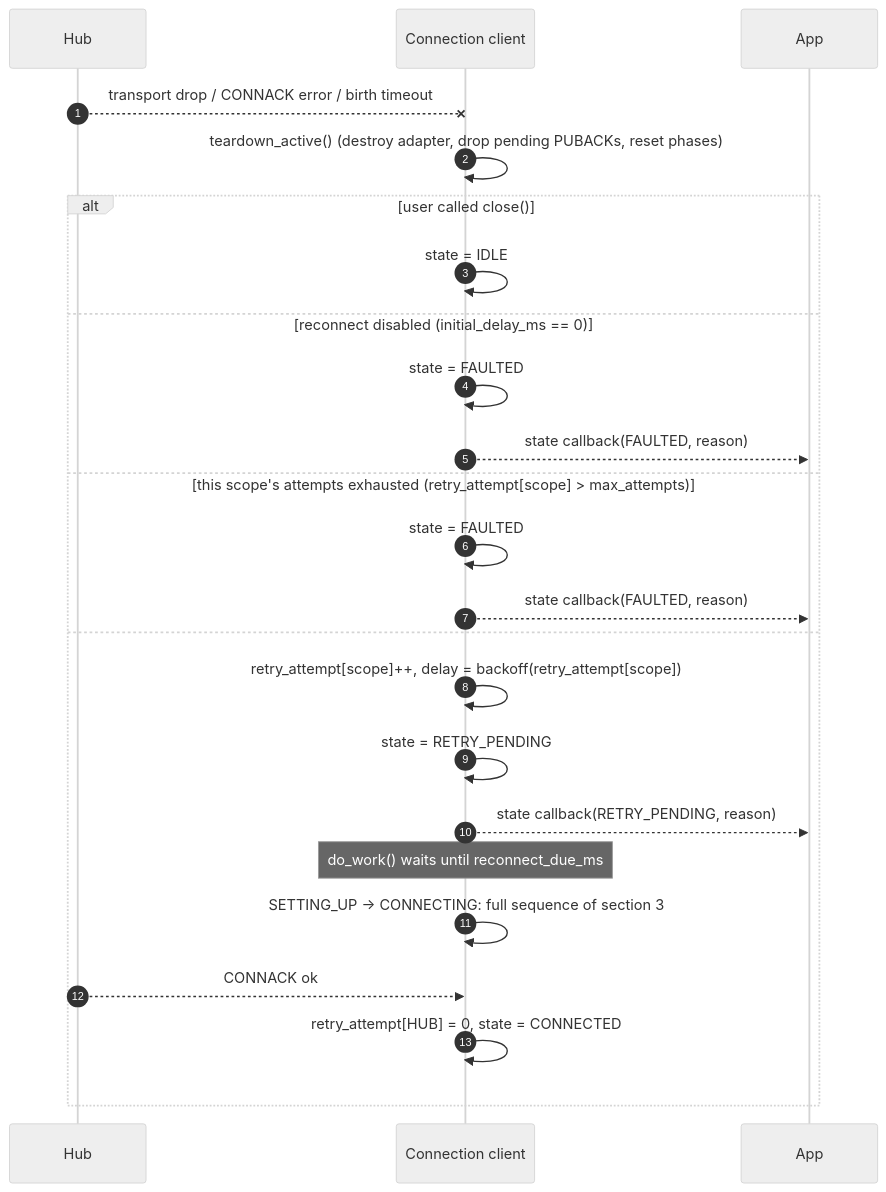
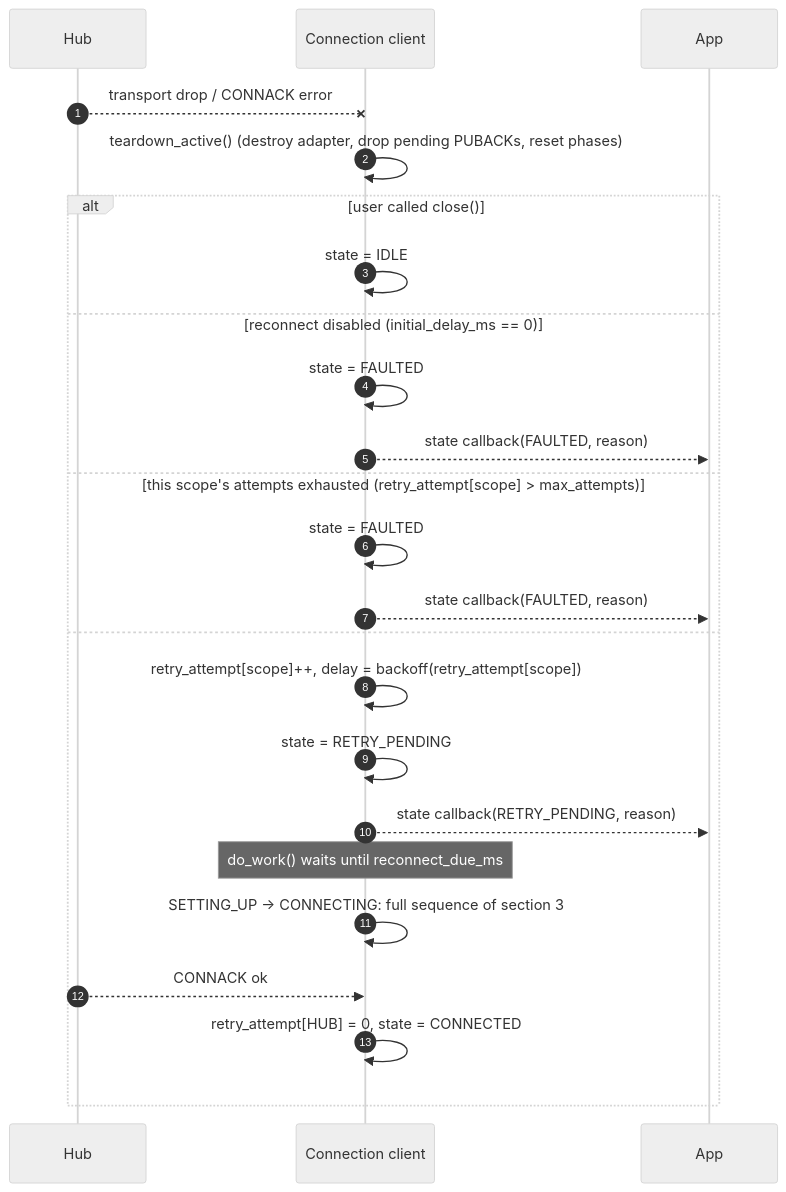
The fifth of 7 diagrams in c/docs/eng/connection.md (Azure/azure-iot-sdk), drawn with Mermaid (neutral theme) before and after one commit. The commit also changed other lines of this file and 19 other files, not shown here.

````diff
--- a/c/docs/eng/connection.md
+++ b/c/docs/eng/connection.md
@@ -321,27 +284,27 @@
 ```mermaid
 sequenceDiagram
     autonumber
     participant Hub
     participant Conn as Connection client
     participant App
 
-    Hub--xConn: transport drop / CONNACK error / birth timeout
+    Hub--xConn: transport drop / CONNACK error
     Conn->>Conn: teardown_active() (destroy adapter, drop pending PUBACKs, reset phases)
     alt user called close()
         Conn->>Conn: state = IDLE
     else reconnect disabled (initial_delay_ms == 0)
         Conn->>Conn: state = FAULTED
         Conn-->>App: state callback(FAULTED, reason)
     else this scope's attempts exhausted (retry_attempt[scope] > max_attempts)
         Conn->>Conn: state = FAULTED
         Conn-->>App: state callback(FAULTED, reason)
     else
         Conn->>Conn: retry_attempt[scope]++, delay = backoff(retry_attempt[scope])
         Conn->>Conn: state = RETRY_PENDING
         Conn-->>App: state callback(RETRY_PENDING, reason)
         Note over Conn: do_work() waits until reconnect_due_ms
         Conn->>Conn: SETTING_UP -> CONNECTING: full sequence of section 3
         Hub-->>Conn: CONNACK ok
         Conn->>Conn: retry_attempt[HUB] = 0, state = CONNECTED
     end
 ```
````
